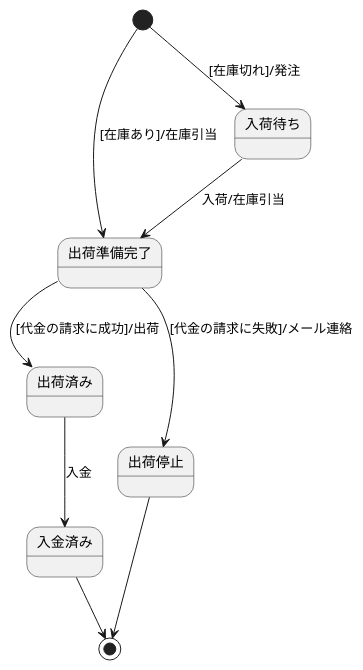
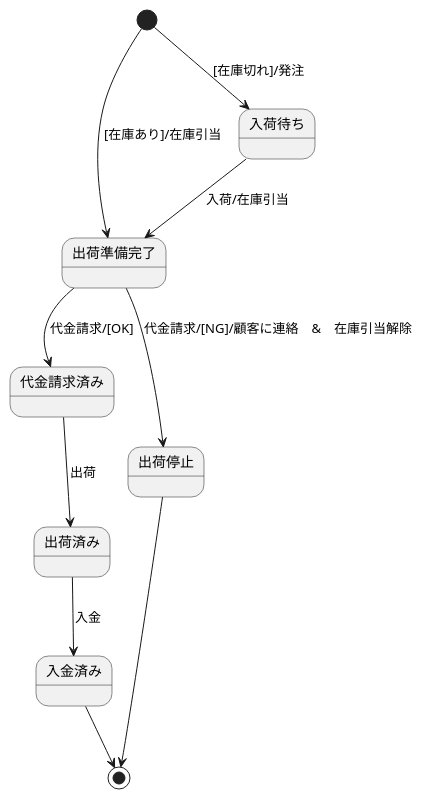
The diagram in ch07/excercise/7-2.puml (yinm/uml-modeling-lesson), drawn with PlantUML before and after one commit. The commit also changed 2 other files, not shown here.

```diff
--- a/ch07/excercise/7-2.puml
+++ b/ch07/excercise/7-2.puml
@@ -1,16 +1,18 @@
 @startuml
 
 [*] --> 出荷準備完了 : [在庫あり]/在庫引当
 
 [*] --> 入荷待ち : [在庫切れ]/発注
 入荷待ち --> 出荷準備完了 : 入荷/在庫引当
 
-出荷準備完了 --> 出荷済み : [代金の請求に成功]/出荷
-出荷準備完了 --> 出荷停止 : [代金の請求に失敗]/メール連絡
+出荷準備完了 --> 代金請求済み : 代金請求/[OK]
+出荷準備完了 --> 出荷停止 : 代金請求/[NG]/顧客に連絡　&　在庫引当解除
+
+代金請求済み --> 出荷済み : 出荷
 
 出荷済み --> 入金済み : 入金
 
 入金済み --> [*]
 出荷停止 --> [*]
 
 @enduml
```
